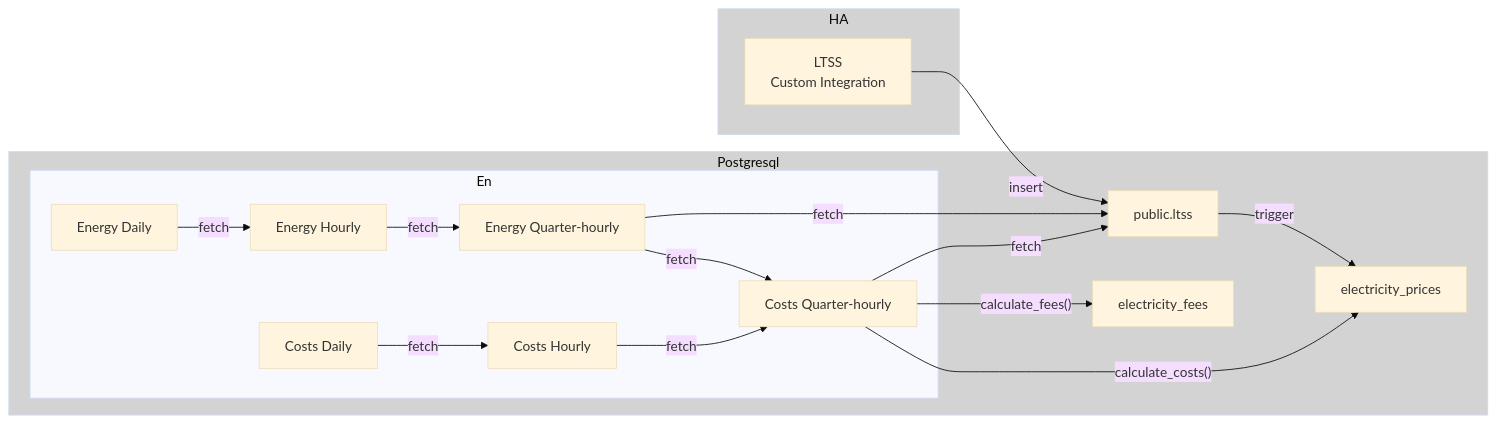
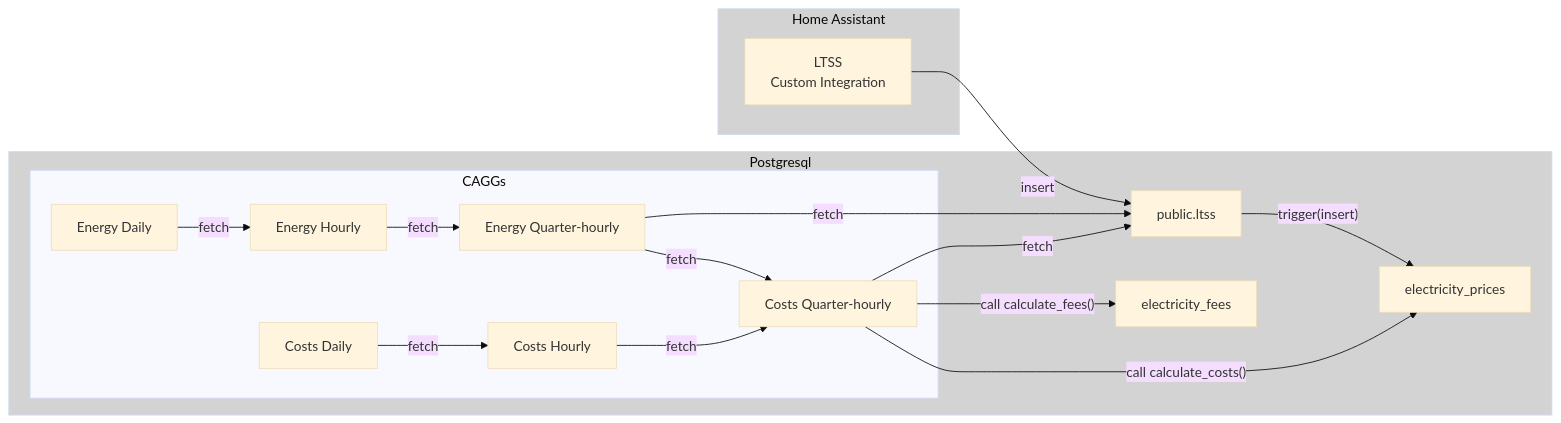
One commit to michalk-k/Home-Assistant-TimscaleDB changed the diagram in ha-energy-spot-short.md. Above: the diagram before and after it, drawn with Mermaid (base theme). The commit also changed other lines of this file and 1 other file, not shown here.

````diff
--- a/ha-energy-spot-short.md
+++ b/ha-energy-spot-short.md
@@ -14,46 +14,46 @@
 ```mermaid
 flowchart LR
     subgraph Postgresql
 
         style Postgresql fill:lightgray
         style HA fill:lightgray
 
         t_prices@{ label: "electricity_prices" }
         t_feesp@{ label: "electricity_fees" }
 
         t_ltss@{ shape: rect, label: "public.ltss" }
 
-        subgraph En
+        subgraph CAGGs
             v_energy_qh@{ label: "Energy Quarter-hourly" }
             v_energy_h@{ label: "Energy Hourly" }
             v_energy_d@{ label: "Energy Daily" }
 
             v_costs_qh@{ label: "Costs Quarter-hourly" }
             v_costs_h@{ label: "Costs Hourly" }
             v_costs_d@{ label: "Costs Daily" }
         end
 
     end
 
-    subgraph HA
+    subgraph HA [Home Assistant]
         p_ltss@{ shape: rect, label: "LTSS\nCustom Integration" }
     end
 
     p_ltss-->|insert|t_ltss
 
 
     v_energy_qh-->|fetch|t_ltss
     v_costs_qh-->|fetch|t_ltss
 
     v_energy_h-->|fetch|v_energy_qh
     v_energy_d-->|fetch|v_energy_h
 
     v_energy_qh-->|fetch|v_costs_qh
-    v_costs_qh-->|"calculate_fees()"|t_feesp
-    v_costs_qh-->|"calculate_costs()"|t_prices
-    
+    v_costs_qh-->|"call calculate_fees()"|t_feesp
+    v_costs_qh-->|"call calculate_costs()"|t_prices
+
     v_costs_h-->|fetch|v_costs_qh
     v_costs_d-->|fetch|v_costs_h
 
-    t_ltss-->|trigger|t_prices
+    t_ltss-->|"trigger(insert)"|t_prices
 ```
````
